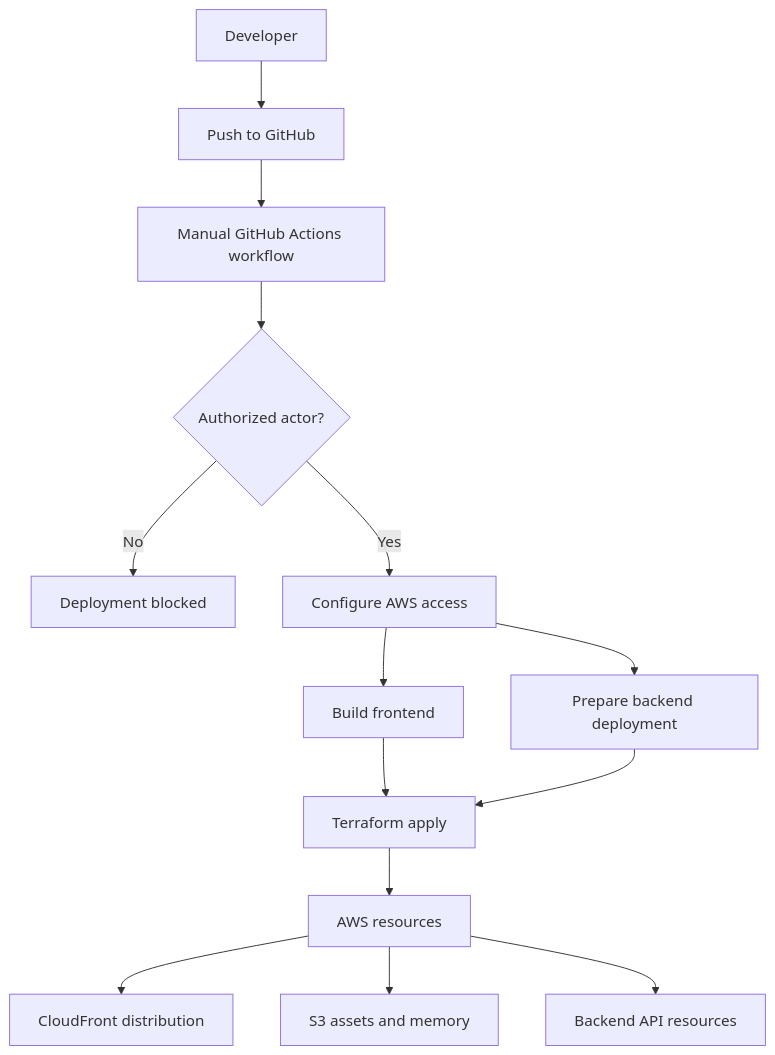
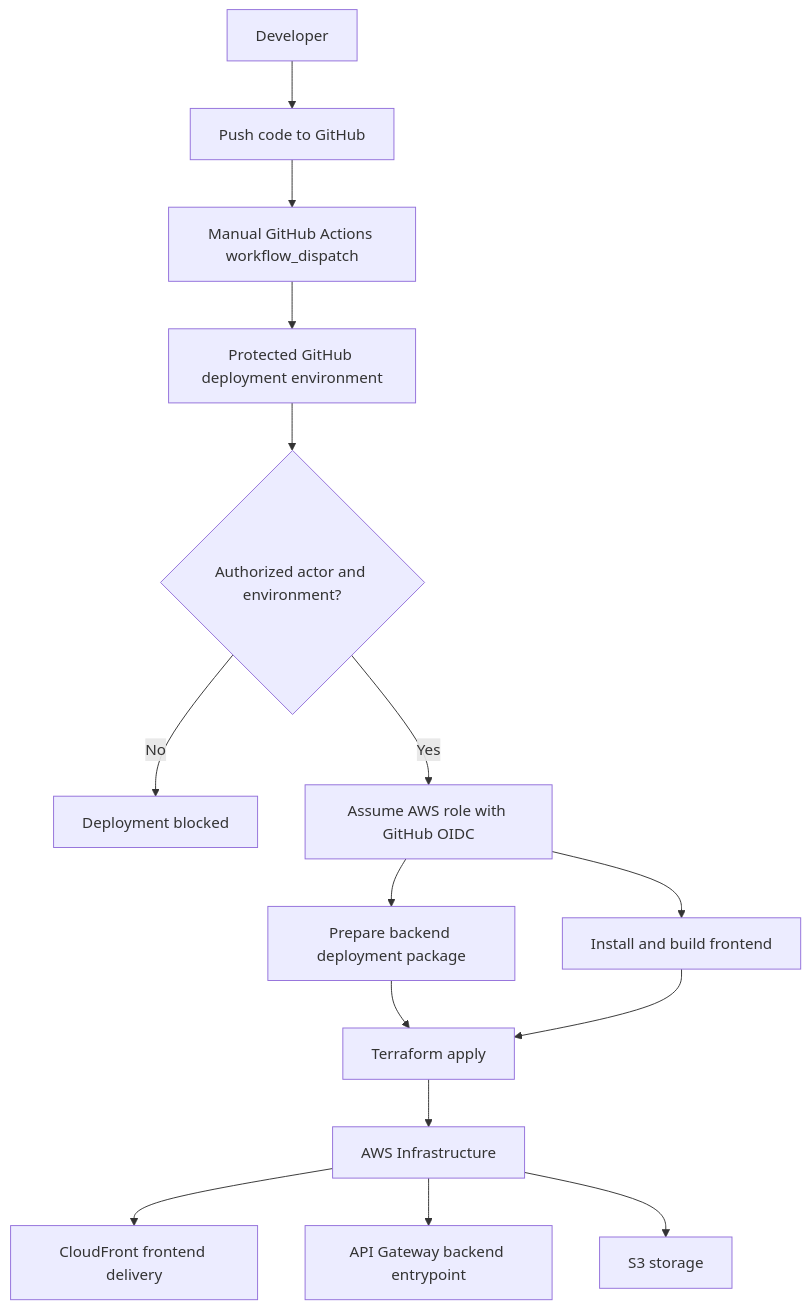
Before and after one commit to bkane56/twin: the third of 4 diagrams in README.md, drawn with Mermaid. The commit also changed other lines of this file and 15 other files, not shown here.

````diff
--- a/README.md
+++ b/README.md
@@ -103,16 +79,17 @@
 ```mermaid
 flowchart TD
-    Dev[Developer] --> Push[Push to GitHub]
-    Push --> Workflow[Manual GitHub Actions workflow]
-    Workflow --> Auth{Authorized actor?}
-    Auth -- No --> Block[Deployment blocked]
-    Auth -- Yes --> AWSAuth[Configure AWS access]
-    AWSAuth --> BuildFrontend[Build frontend]
-    AWSAuth --> DeployBackend[Prepare backend deployment]
-    BuildFrontend --> Terraform[Terraform apply]
-    DeployBackend --> Terraform
-    Terraform --> AWS[AWS resources]
-    AWS --> CloudFront[CloudFront distribution]
-    AWS --> S3[S3 assets and memory]
-    AWS --> API[Backend API resources]
+    Dev[Developer] --> Push[Push code to GitHub]
+    Push --> Manual[Manual GitHub Actions workflow_dispatch]
+    Manual --> Environment[Protected GitHub deployment environment]
+    Environment --> Auth{Authorized actor and environment?}
+    Auth -- No --> Stop[Deployment blocked]
+    Auth -- Yes --> OIDC[Assume AWS role with GitHub OIDC]
+    OIDC --> BuildBackend[Prepare backend deployment package]
+    OIDC --> BuildFrontend[Install and build frontend]
+    BuildBackend --> Terraform[Terraform apply]
+    BuildFrontend --> Terraform
+    Terraform --> AWS[AWS Infrastructure]
+    AWS --> CloudFront[CloudFront frontend delivery]
+    AWS --> APIGateway[API Gateway backend entrypoint]
+    AWS --> S3[S3 storage]
 ```
````
